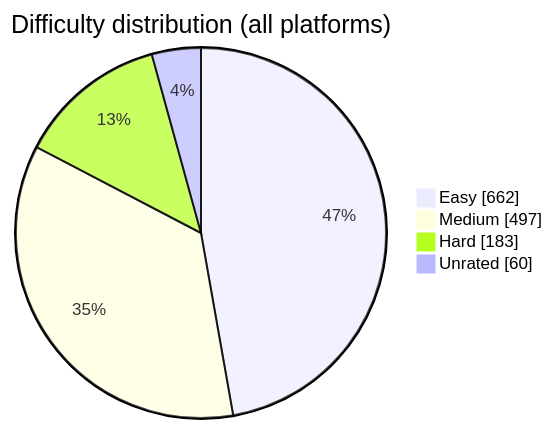
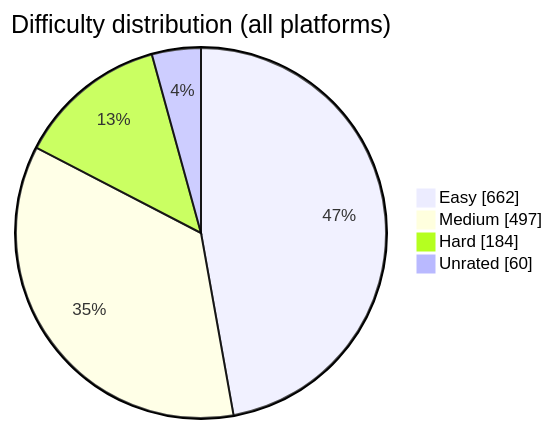
Before and after one commit to BuildbyArindam/Daily-Coding-Log: the diagram in README.md, drawn with Mermaid. The commit also changed other lines of this file, not shown here.

````diff
--- a/README.md
+++ b/README.md
@@ -93,7 +93,7 @@
 ```mermaid
 pie showData title Difficulty distribution (all platforms)
     "Easy" : 662
     "Medium" : 497
-    "Hard" : 183
+    "Hard" : 184
     "Unrated" : 60
 ```
````
